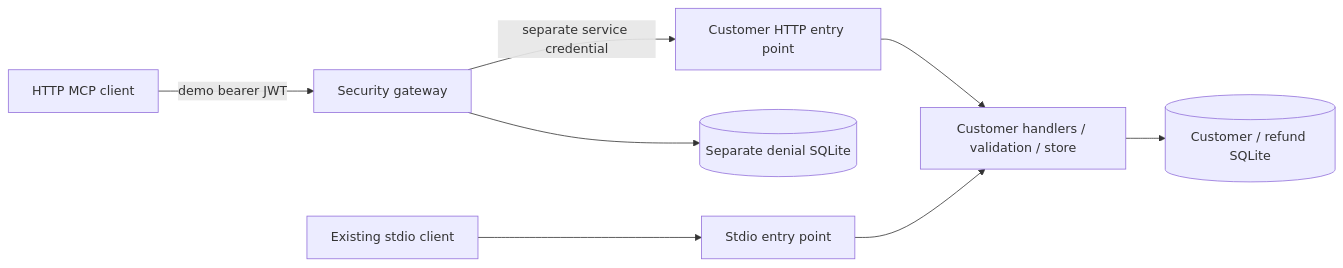
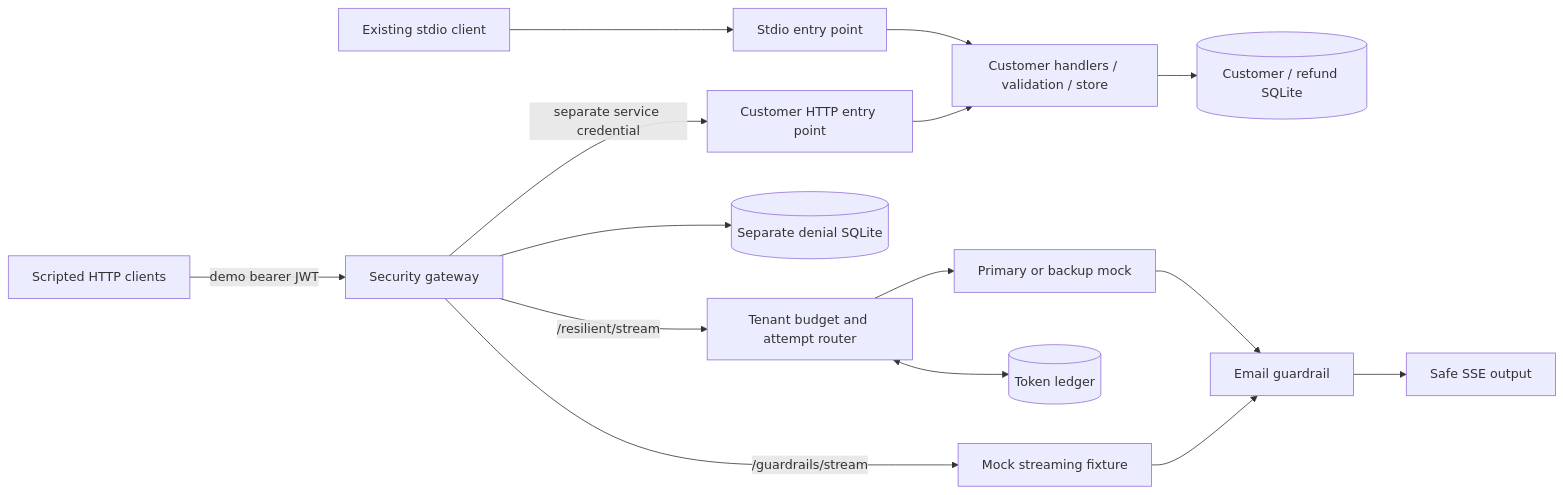
One commit to willsu42/bridgelayer-mcp changed the diagram in README.md. Above: the diagram before and after it, drawn with Mermaid. The commit also changed other lines of this file and 10 other files, not shown here.

````diff
--- a/README.md
+++ b/README.md
@@ -35,10 +37,17 @@
 ```mermaid
 flowchart LR
-    C[HTTP MCP client] -->|demo bearer JWT| G[Security gateway]
+    C[Scripted HTTP clients] -->|demo bearer JWT| G[Security gateway]
     G -->|separate service credential| H[Customer HTTP entry point]
     H --> S[Customer handlers / validation / store]
     L[Existing stdio client] --> T[Stdio entry point]
     T --> S
     S --> D[(Customer / refund SQLite)]
     G --> A[(Separate denial SQLite)]
+    G -->|/guardrails/stream| M[Mock streaming fixture]
+    M --> R[Email guardrail]
+    G -->|/resilient/stream| B[Tenant budget and attempt router]
+    B <--> Q[(Token ledger)]
+    B --> P[Primary or backup mock]
+    P --> R
+    R --> O[Safe SSE output]
 ```
````
